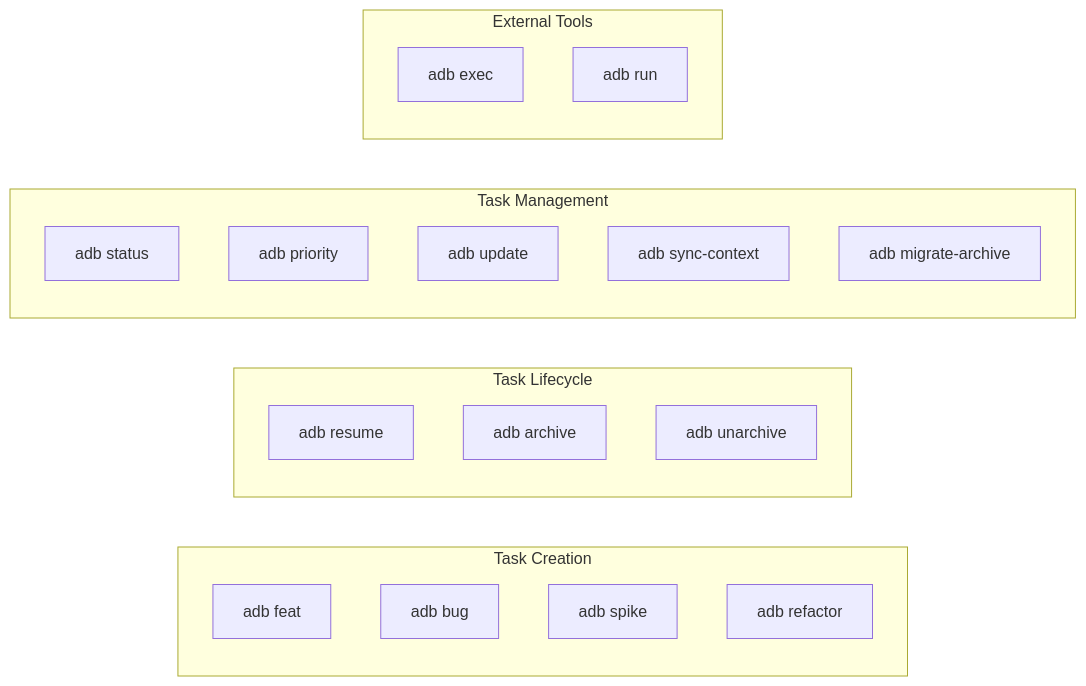
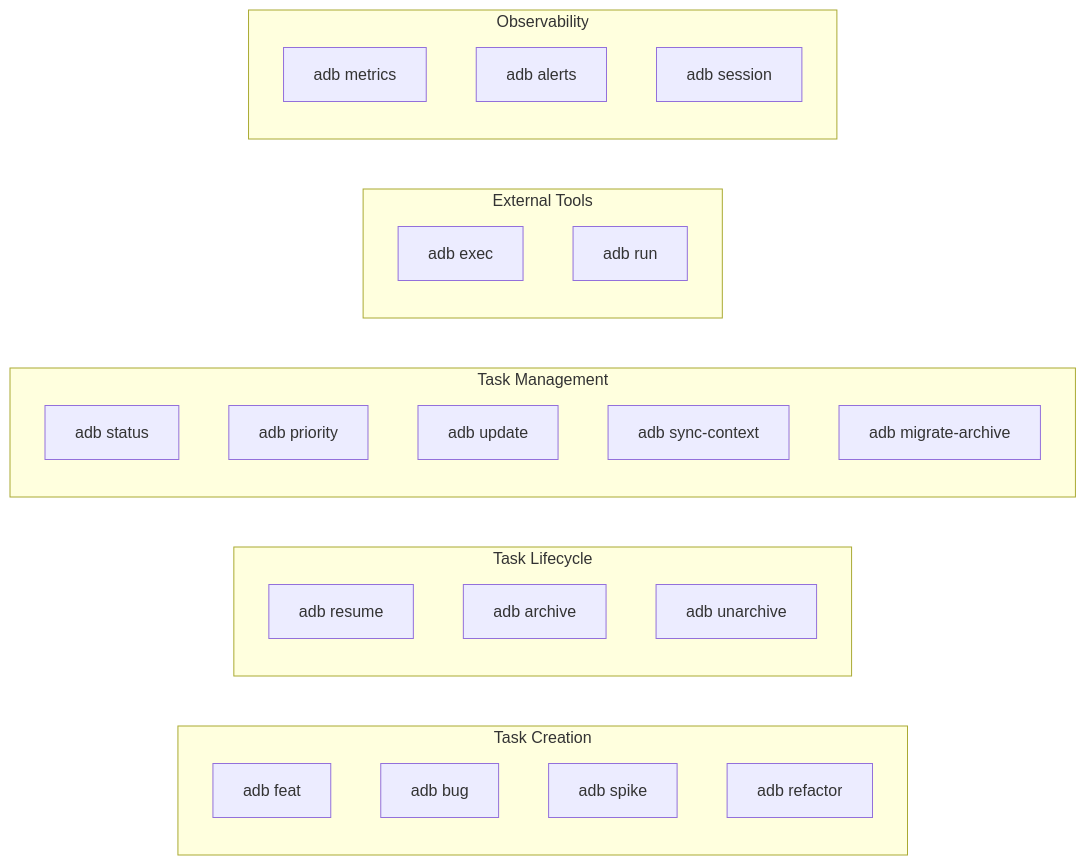
Before and after one commit to valter-silva-au/ai-dev-brain: the diagram in docs/commands.md, drawn with Mermaid. The commit also changed other lines of this file and 51 other files, not shown here.

First line of the commit message:
feat: add observability infrastructure with metrics, alerts, and session tracking (#14)

````diff
--- a/docs/commands.md
+++ b/docs/commands.md
@@ -8,28 +8,34 @@
 ```mermaid
 graph LR
     subgraph "Task Creation"
         feat["adb feat"]
         bug["adb bug"]
         spike["adb spike"]
         refactor["adb refactor"]
     end
 
     subgraph "Task Lifecycle"
         resume["adb resume"]
         archive["adb archive"]
         unarchive["adb unarchive"]
     end
 
     subgraph "Task Management"
         status["adb status"]
         priority["adb priority"]
         update["adb update"]
         syncctx["adb sync-context"]
         migrate["adb migrate-archive"]
     end
 
     subgraph "External Tools"
         exec["adb exec"]
         run["adb run"]
     end
+
+    subgraph "Observability"
+        metrics["adb metrics"]
+        alerts["adb alerts"]
+        session["adb session"]
+    end
 ```
````
